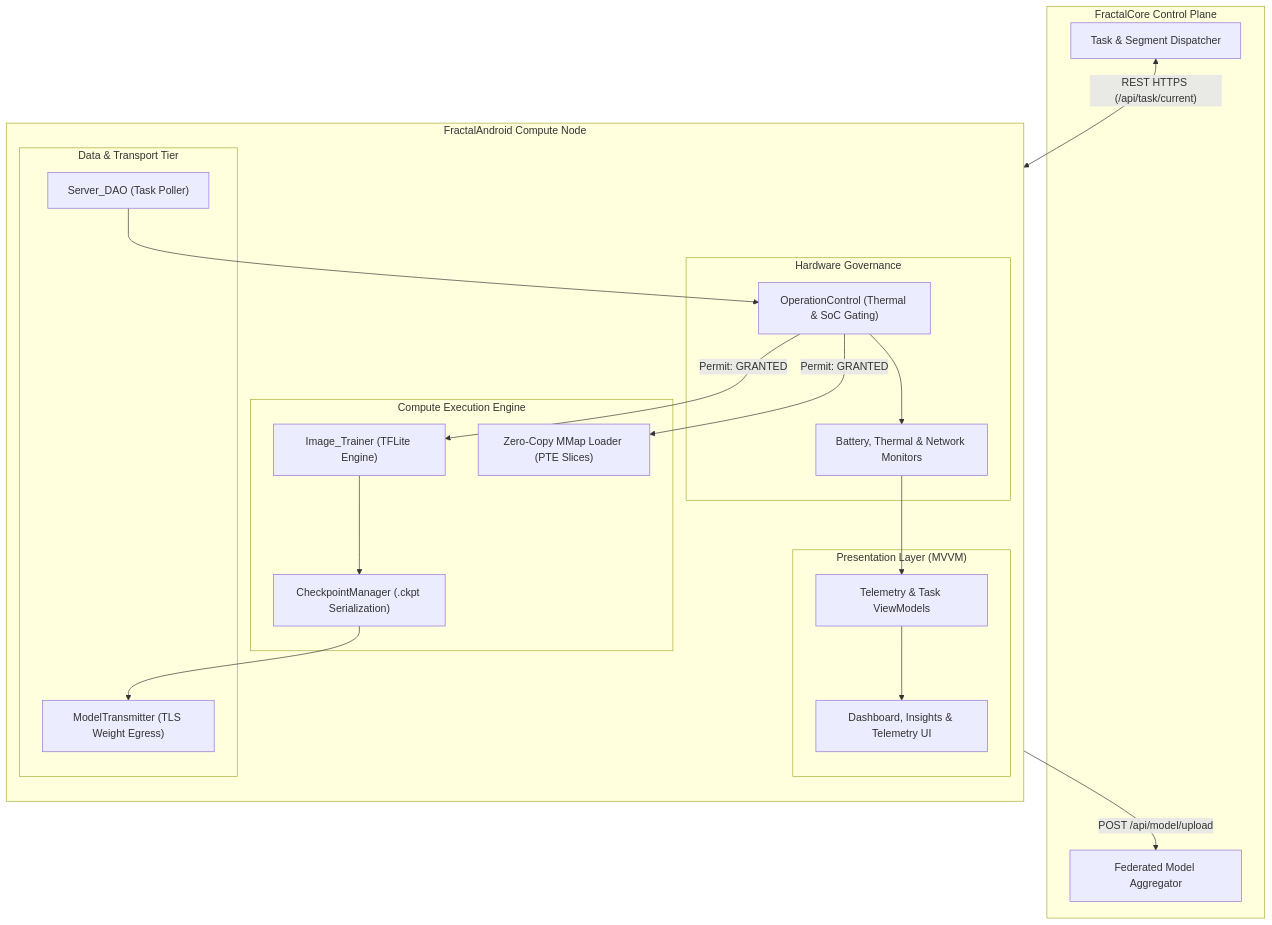
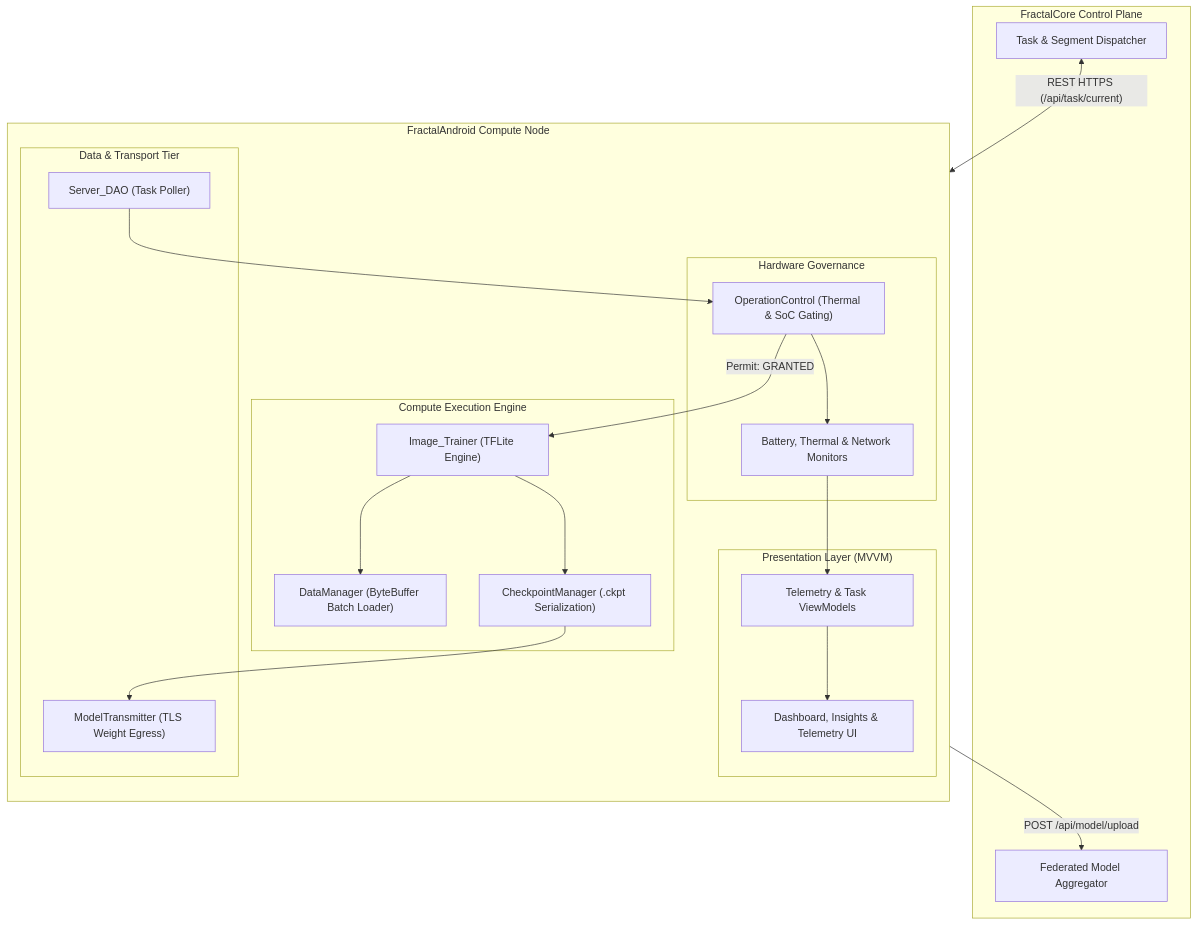
One commit to Fractal-Compute-Orchestrations/FractalAndroid changed the first of 2 diagrams in README.md. Above: the diagram before and after it, drawn with Mermaid. The commit also changed other lines of this file, not shown here.

````diff
--- a/README.md
+++ b/README.md
@@ -130,45 +130,45 @@
 ```mermaid
 graph TD
     subgraph CentralServer ["FractalCore Control Plane"]
         TaskDistributor["Task & Segment Dispatcher"]
         ModelAggregator["Federated Model Aggregator"]
     end
 
     subgraph FractalAndroidClient ["FractalAndroid Compute Node"]
         direction TB
 
         subgraph PresentationLayer ["Presentation Layer (MVVM)"]
             UI["Dashboard, Insights & Telemetry UI"]
             VM["Telemetry & Task ViewModels"]
         end
 
         subgraph GatingLayer ["Hardware Governance"]
             OperationControl["OperationControl (Thermal & SoC Gating)"]
             TelemetrySensors["Battery, Thermal & Network Monitors"]
         end
 
         subgraph ExecutionLayer ["Compute Execution Engine"]
             ImageTrainer["Image_Trainer (TFLite Engine)"]
-            MMapLoader["Zero-Copy MMap Loader (PTE Slices)"]
+            DataManager["DataManager (ByteBuffer Batch Loader)"]
             CheckpointMgr["CheckpointManager (.ckpt Serialization)"]
         end
 
         subgraph NetworkLayer ["Data & Transport Tier"]
             ServerDAO["Server_DAO (Task Poller)"]
             Transmitter["ModelTransmitter (TLS Weight Egress)"]
         end
     end
 
     %% Wiring
     TaskDistributor <-->|"REST HTTPS (/api/task/current)"| ServerDAO
     ServerDAO --> OperationControl
     OperationControl --> TelemetrySensors
     TelemetrySensors --> VM
     VM --> UI
 
     OperationControl -->|"Permit: GRANTED"| ImageTrainer
-    OperationControl -->|"Permit: GRANTED"| MMapLoader
+    ImageTrainer --> DataManager
     ImageTrainer --> CheckpointMgr
     CheckpointMgr --> Transmitter
     Transmitter -->|"POST /api/model/upload"| ModelAggregator
 ```
````
